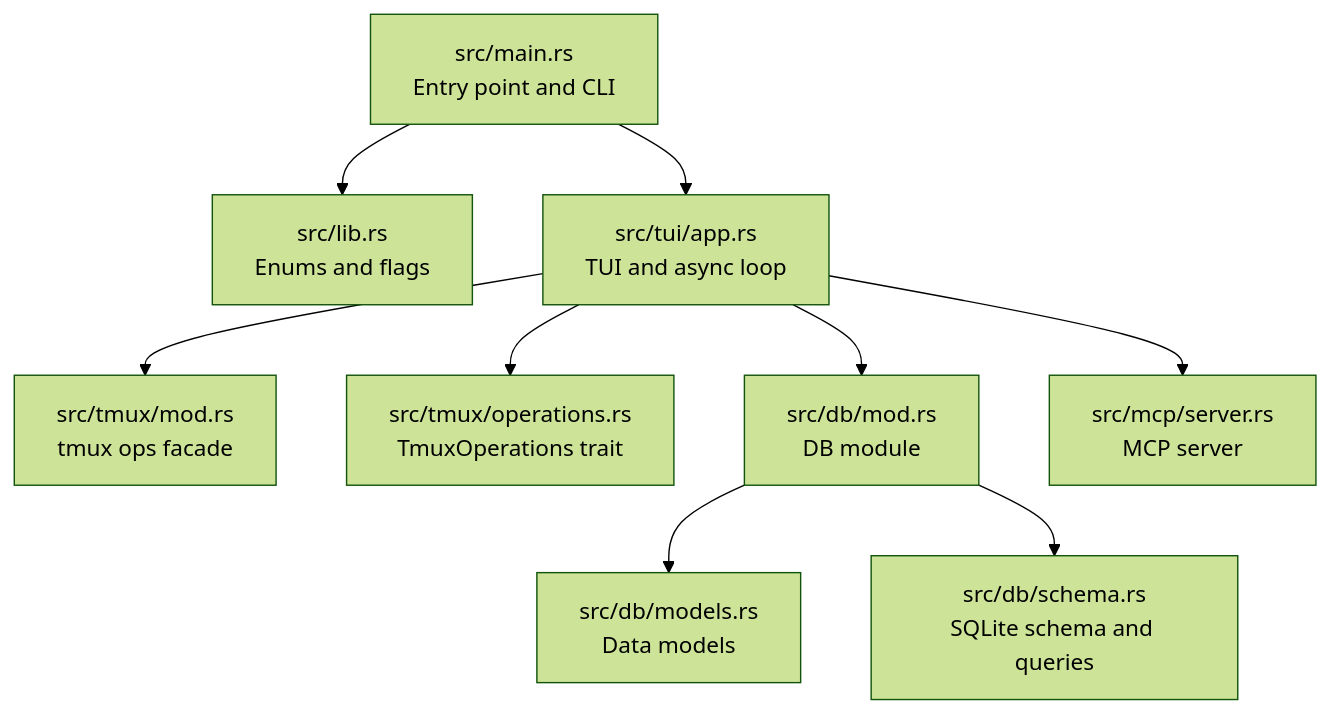
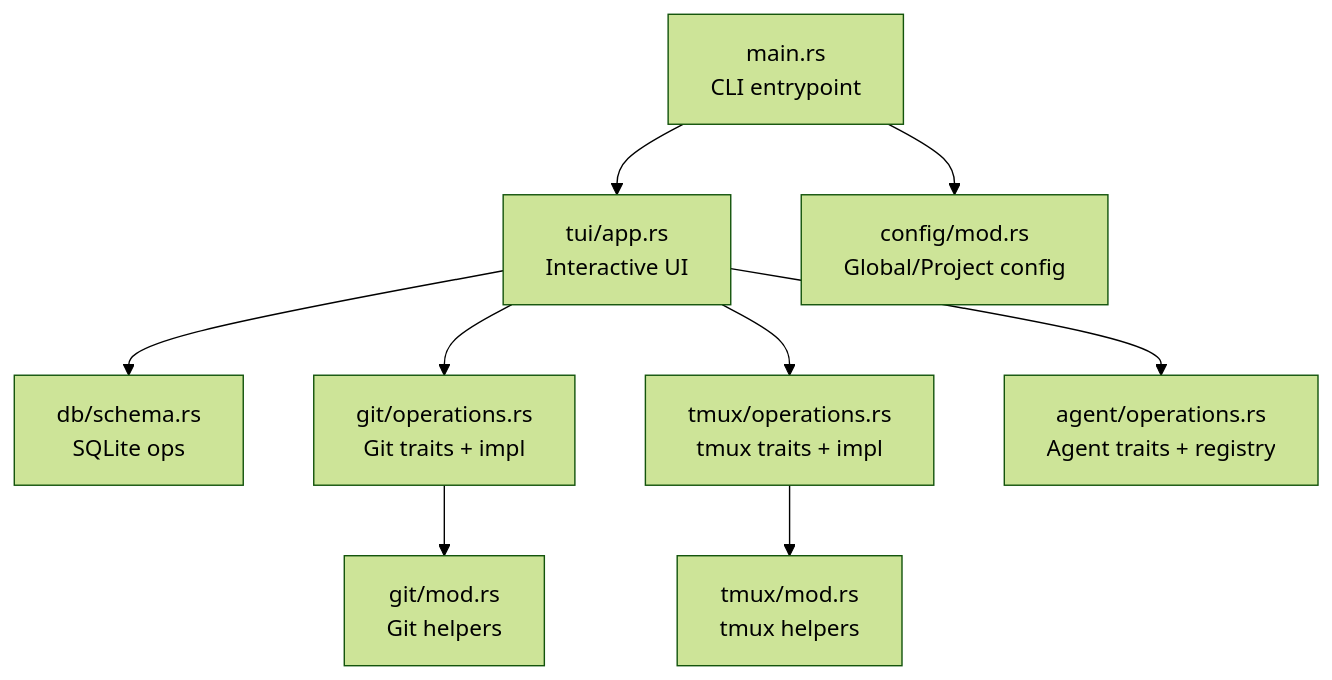
Before and after one commit to bramburn/agtx: the first of 8 diagrams in .qoder/repowiki/en/content/Advanced Features/Performance Optimization.md, drawn with Mermaid (forest theme). The commit also changed other lines of this file and 140 other files, not shown here.

````diff
--- a/.qoder/repowiki/en/content/Advanced Features/Performance Optimization.md
+++ b/.qoder/repowiki/en/content/Advanced Features/Performance Optimization.md
@@ -35,11 +44,11 @@
 ```mermaid
 graph TB
-A_main["src/main.rs<br/>Entry point and CLI"] --> B_lib["src/lib.rs<br/>Enums and flags"]
-A_main --> C_tui["src/tui/app.rs<br/>TUI and async loop"]
-C_tui --> D_tmux_mod["src/tmux/mod.rs<br/>tmux ops facade"]
-C_tui --> E_tmux_ops["src/tmux/operations.rs<br/>TmuxOperations trait"]
-C_tui --> F_db_mod["src/db/mod.rs<br/>DB module"]
-F_db_mod --> G_db_models["src/db/models.rs<br/>Data models"]
-F_db_mod --> H_db_schema["src/db/schema.rs<br/>SQLite schema and queries"]
-C_tui --> I_mcp["src/mcp/server.rs<br/>MCP server"]
+Main["main.rs<br/>CLI entrypoint"] --> TUI["tui/app.rs<br/>Interactive UI"]
+Main --> Config["config/mod.rs<br/>Global/Project config"]
+TUI --> DB["db/schema.rs<br/>SQLite ops"]
+TUI --> GitOps["git/operations.rs<br/>Git traits + impl"]
+TUI --> TmuxOps["tmux/operations.rs<br/>tmux traits + impl"]
+TUI --> AgentOps["agent/operations.rs<br/>Agent traits + registry"]
+GitOps --> GitMod["git/mod.rs<br/>Git helpers"]
+TmuxOps --> TmuxMod["tmux/mod.rs<br/>tmux helpers"]
 ```
````
